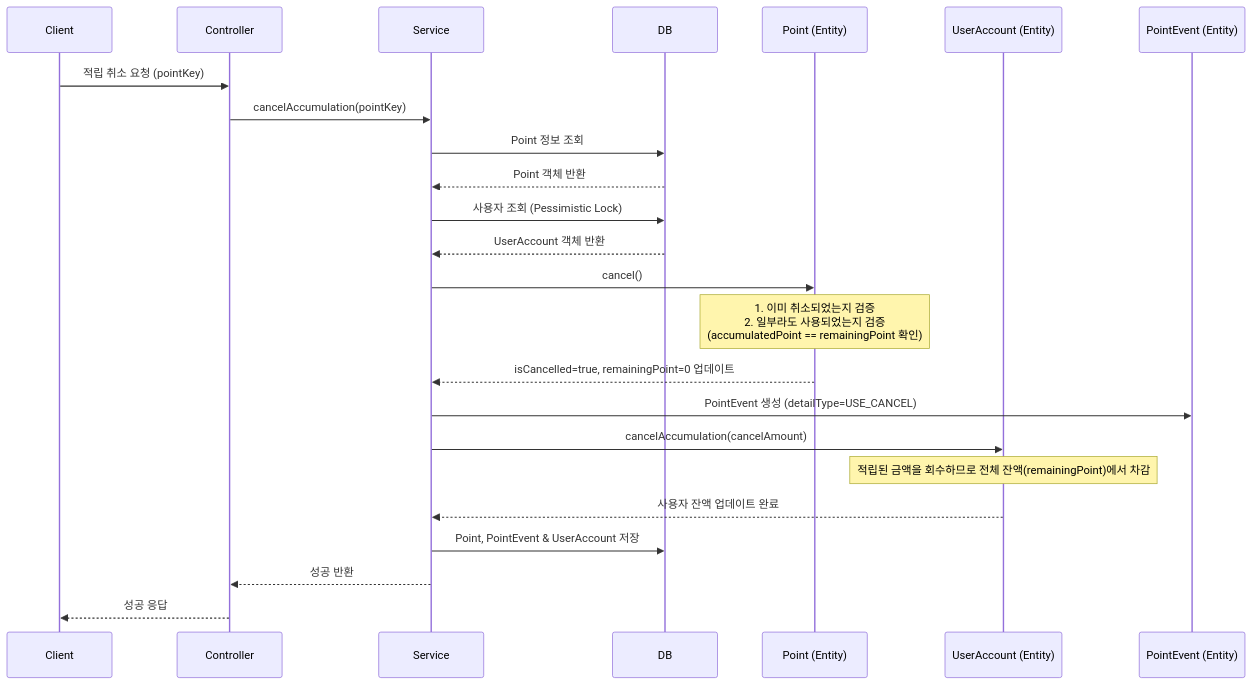
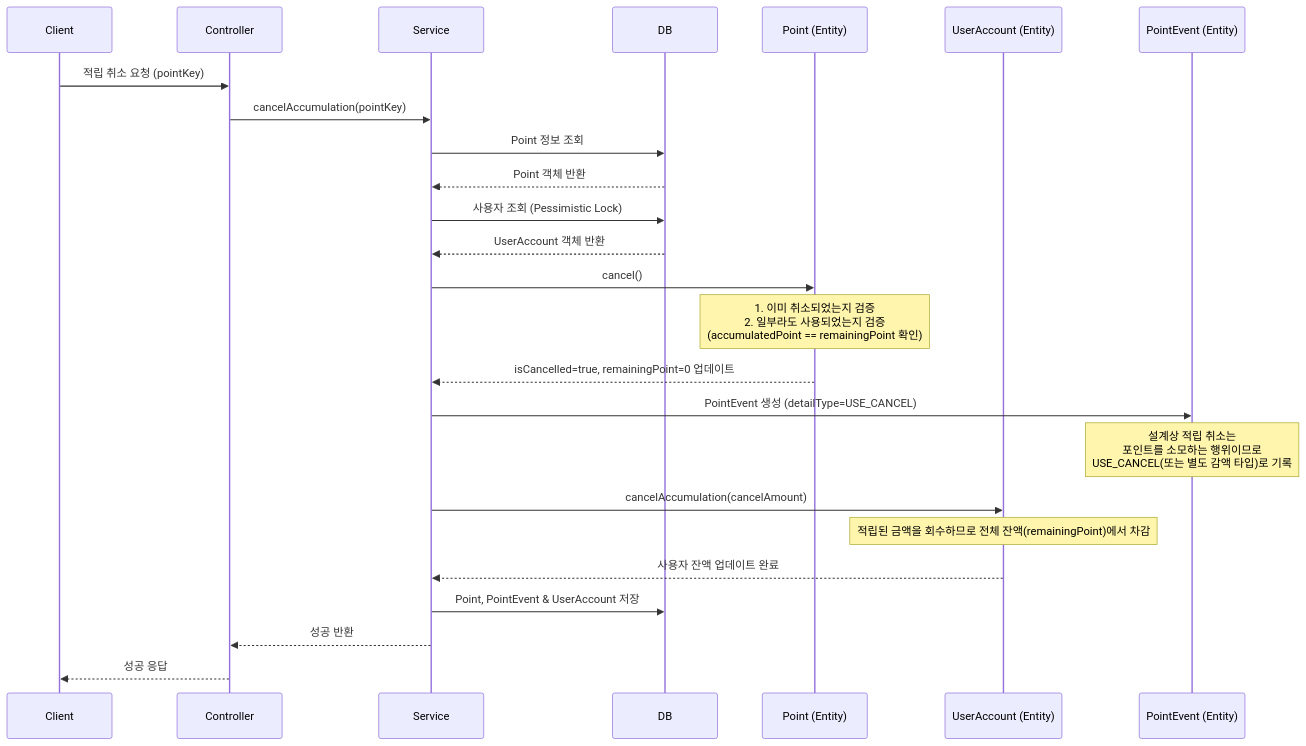
One commit to muzzaiwork/point changed the diagram in docs/api/적립 취소.md. Above: the diagram before and after it, drawn with Mermaid. The commit also changed 3 other files, not shown here.

Commit message:
API 및 데이터베이스 설계 문서 최신화 (시퀀스 다이어그램 및 테이블 구조 수정)

````diff
--- a/docs/api/적립 취소.md
+++ b/docs/api/적립 취소.md
@@ -52,32 +52,33 @@
 ```mermaid
 sequenceDiagram
     participant Client
     participant Controller
     participant Service
     participant DB
     participant PointEntity as Point (Entity)
     participant UserAccountEntity as UserAccount (Entity)
     participant EventEntity as PointEvent (Entity)
 
     Client->>Controller: 적립 취소 요청 (pointKey)
     Controller->>Service: cancelAccumulation(pointKey)
     Service->>DB: Point 정보 조회
     DB-->>Service: Point 객체 반환
     
     Service->>DB: 사용자 조회 (Pessimistic Lock)
     DB-->>Service: UserAccount 객체 반환
     
     Service->>PointEntity: cancel()
     Note over PointEntity: 1. 이미 취소되었는지 검증<br/>2. 일부라도 사용되었는지 검증<br/>(accumulatedPoint == remainingPoint 확인)
     PointEntity-->>Service: isCancelled=true, remainingPoint=0 업데이트
 
     Service->>EventEntity: PointEvent 생성 (detailType=USE_CANCEL)
+    Note over EventEntity: 설계상 적립 취소는<br/>포인트를 소모하는 행위이므로<br/>USE_CANCEL(또는 별도 감액 타입)로 기록
     
     Service->>UserAccountEntity: cancelAccumulation(cancelAmount)
     Note over UserAccountEntity: 적립된 금액을 회수하므로 전체 잔액(remainingPoint)에서 차감
     UserAccountEntity-->>Service: 사용자 잔액 업데이트 완료
     
     Service->>DB: Point, PointEvent & UserAccount 저장
     Service-->>Controller: 성공 반환
     Controller-->>Client: 성공 응답
 ```
````
